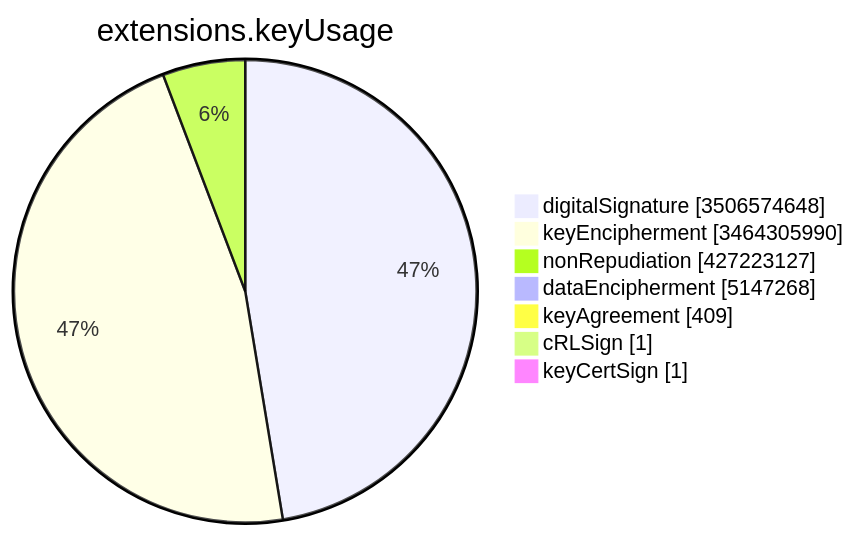
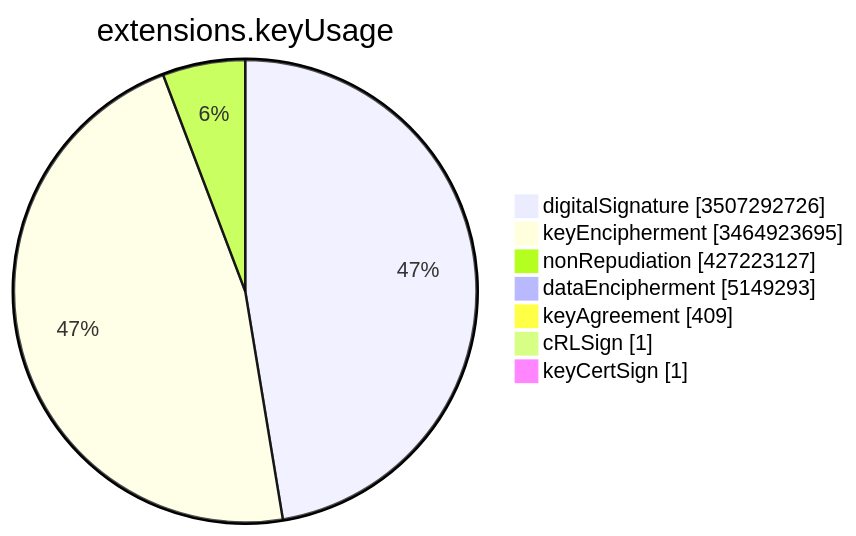
The sixth of 15 diagrams in TOTAL/README.md (christiankrug/ctmonitor_visualization), drawn with Mermaid before and after one commit. The commit also changed other lines of this file, not shown here.

````diff
--- a/TOTAL/README.md
+++ b/TOTAL/README.md
@@ -3083,11 +3083,11 @@
 ```mermaid
 pie showData
 title extensions.keyUsage
-"digitalSignature" :3506574648
-"keyEncipherment" :3464305990
+"digitalSignature" :3507292726
+"keyEncipherment" :3464923695
 "nonRepudiation" :427223127
-"dataEncipherment" :5147268
+"dataEncipherment" :5149293
 "keyAgreement" :409
 "cRLSign" :1
 "keyCertSign" :1
 ```
````
